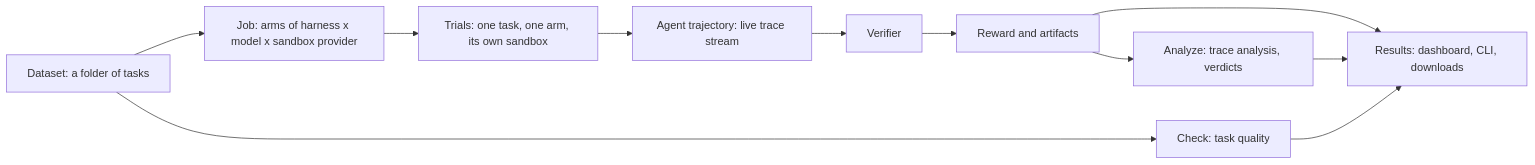
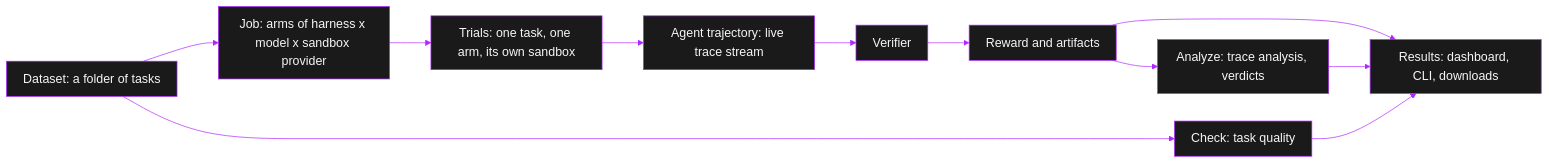
Before and after one commit to evolving-machines-lab/evolve: the diagram in docs-mintlify/core-concepts/index.mdx, drawn with Mermaid. The commit also changed other lines of this file and 44 other files, not shown here.

Commit message:
docs-mintlify: plain-MDX base with the round-1 fold, the owner's landing page, Google Sans fonts, one purple, links and pagination fixes

````diff
--- a/docs-mintlify/core-concepts/index.mdx
+++ b/docs-mintlify/core-concepts/index.mdx
@@ -6,13 +6,14 @@
 ```mermaid
+%%{init: {"theme": "base", "themeVariables": {"fontSize": "18px", "fontFamily": "Google Sans Flex, sans-serif", "primaryColor": "#1a1a1a", "primaryTextColor": "#f7f6f5", "primaryBorderColor": "#B026FF", "lineColor": "#B026FF", "edgeLabelBackground": "#0a0a0a"}, "flowchart": {"nodeSpacing": 40, "rankSpacing": 60, "padding": 12}}}%%
 flowchart LR
   D[Dataset: a folder of tasks] --> J[Job: arms of harness x model x sandbox provider]
   J --> T[Trials: one task, one arm, its own sandbox]
   T --> A[Agent trajectory: live trace stream]
   A --> V[Verifier]
   V --> R[Reward and artifacts]
   R --> AN[Analyze: trace analysis, verdicts]
   D --> C[Check: task quality]
   R --> O[Results: dashboard, CLI, downloads]
   AN --> O
   C --> O
 ```
````
